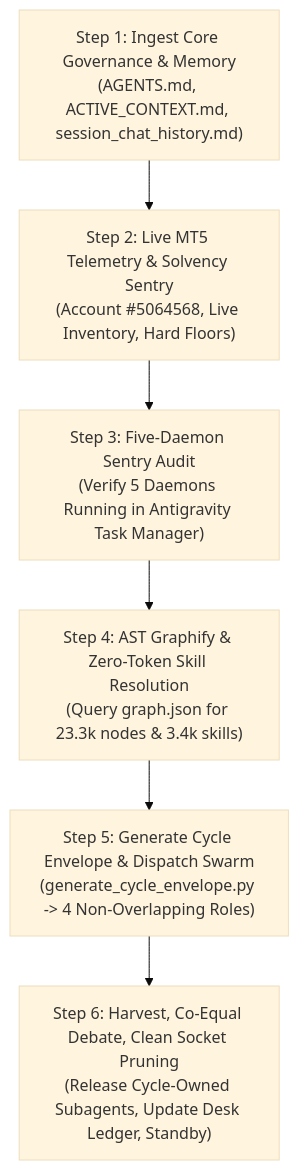
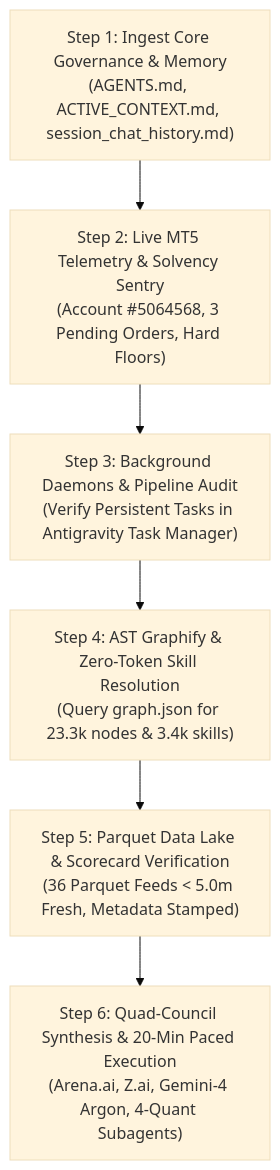
One commit to kbsingh1399/Trading_2 changed the diagram in docs/specs/ACCOUNT_SWITCH_BOOTSTRAP_PROTOCOL.md. Above: the diagram before and after it, drawn with Mermaid (base theme). The commit also changed other lines of this file and 11 other files, not shown here.

````diff
--- a/docs/specs/ACCOUNT_SWITCH_BOOTSTRAP_PROTOCOL.md
+++ b/docs/specs/ACCOUNT_SWITCH_BOOTSTRAP_PROTOCOL.md
@@ -25,11 +26,11 @@
 ```mermaid
 flowchart TD
     Step1["Step 1: Ingest Core Governance & Memory<br/>(AGENTS.md, ACTIVE_CONTEXT.md, session_chat_history.md)"]
-    Step2["Step 2: Live MT5 Telemetry & Solvency Sentry<br/>(Account #5064568, Live Inventory, Hard Floors)"]
-    Step3["Step 3: Five-Daemon Sentry Audit<br/>(Verify 5 Daemons Running in Antigravity Task Manager)"]
+    Step2["Step 2: Live MT5 Telemetry & Solvency Sentry<br/>(Account #5064568, 3 Pending Orders, Hard Floors)"]
+    Step3["Step 3: Background Daemons & Pipeline Audit<br/>(Verify Persistent Tasks in Antigravity Task Manager)"]
     Step4["Step 4: AST Graphify & Zero-Token Skill Resolution<br/>(Query graph.json for 23.3k nodes & 3.4k skills)"]
-    Step5["Step 5: Generate Cycle Envelope & Dispatch Swarm<br/>(generate_cycle_envelope.py -> 4 Non-Overlapping Roles)"]
-    Step6["Step 6: Harvest, Co-Equal Debate, Clean Socket Pruning<br/>(Release Cycle-Owned Subagents, Update Desk Ledger, Standby)"]
+    Step5["Step 5: Parquet Data Lake & Scorecard Verification<br/>(36 Parquet Feeds < 5.0m Fresh, Metadata Stamped)"]
+    Step6["Step 6: Quad-Council Synthesis & 20-Min Paced Execution<br/>(Arena.ai, Z.ai, Gemini-4 Argon, 4-Quant Subagents)"]
 
     Step1 --> Step2 --> Step3 --> Step4 --> Step5 --> Step6
 ```
````
